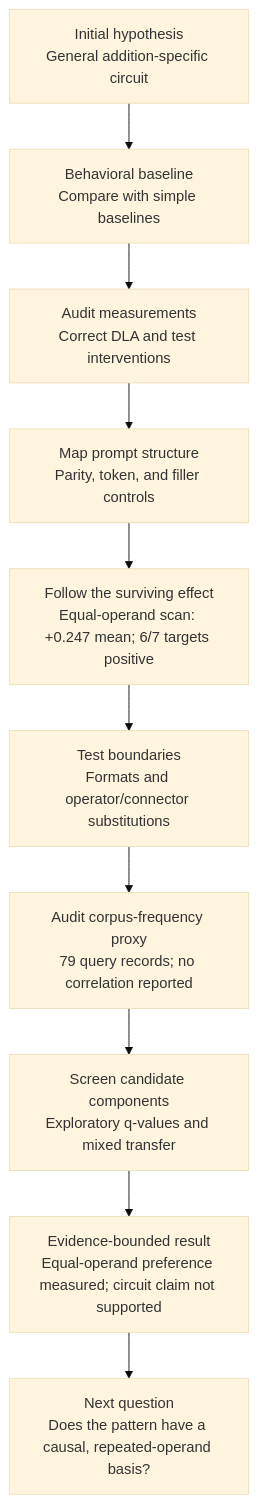
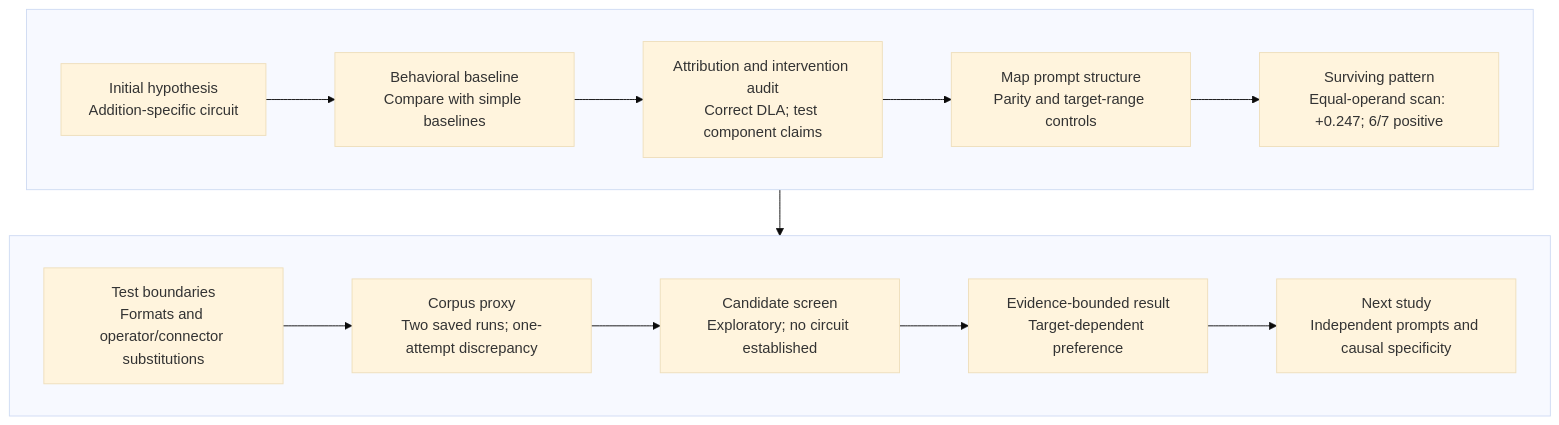
One commit to anaykatiyar-lang/mechanistic_interpretability changed the diagram in README.md. Above: the diagram before and after it, drawn with Mermaid (base theme). The commit also changed other lines of this file and 11 other files, not shown here.

Commit message:
Document corpus audit output and streamline research flow

````diff
--- a/README.md
+++ b/README.md
@@ -12,12 +12,12 @@
 ```mermaid
 flowchart TD
-    H[Initial hypothesis<br/>General addition-specific circuit] --> B[Behavioral baseline<br/>Compare with simple baselines]
-    B --> A[Audit measurements<br/>Correct DLA and test interventions]
-    A --> P[Map prompt structure<br/>Parity, token, and filler controls]
-    P --> D[Follow the surviving effect<br/>Equal-operand scan: +0.247 mean; 6/7 targets positive]
-    D --> G[Test boundaries<br/>Formats and operator/connector substitutions]
-    G --> C[Audit corpus-frequency proxy<br/>79 query records; no correlation reported]
-    C --> S[Screen candidate components<br/>Exploratory q-values and mixed transfer]
-    S --> R[Evidence-bounded result<br/>Equal-operand preference measured; circuit claim not supported]
-    R --> N[Next question<br/>Does the pattern have a causal, repeated-operand basis?]
+    subgraph first[ ]
+      direction LR
+      H[Initial hypothesis<br/>Addition-specific circuit] --> B[Behavioral baseline<br/>Compare with simple baselines] --> A[Attribution and intervention audit<br/>Correct DLA; test component claims] --> P[Map prompt structure<br/>Parity and target-range controls] --> D[Surviving pattern<br/>Equal-operand scan: +0.247; 6/7 positive]
+    end
+    subgraph second[ ]
+      direction LR
+      G[Test boundaries<br/>Formats and operator/connector substitutions] --> C[Corpus proxy<br/>Two saved runs; one-attempt discrepancy] --> S[Candidate screen<br/>Exploratory; no circuit established] --> R[Evidence-bounded result<br/>Target-dependent preference] --> N[Next study<br/>Independent prompts and causal specificity]
+    end
+    D --> G
 ```
````
